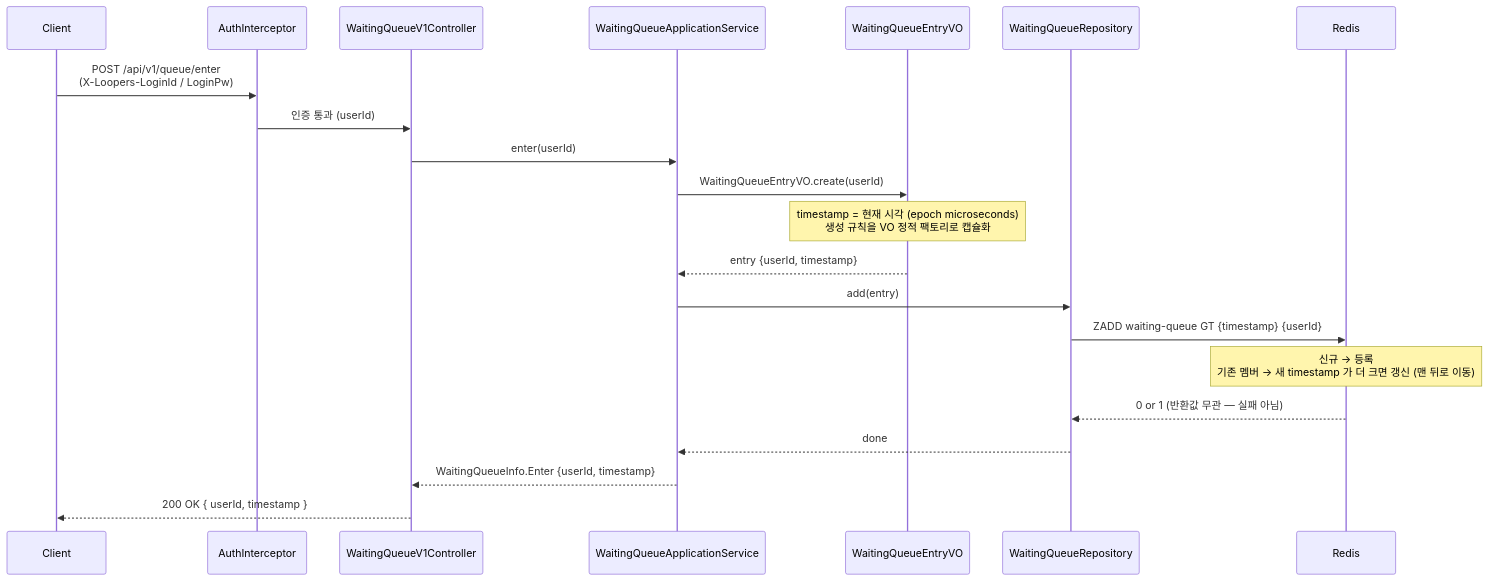
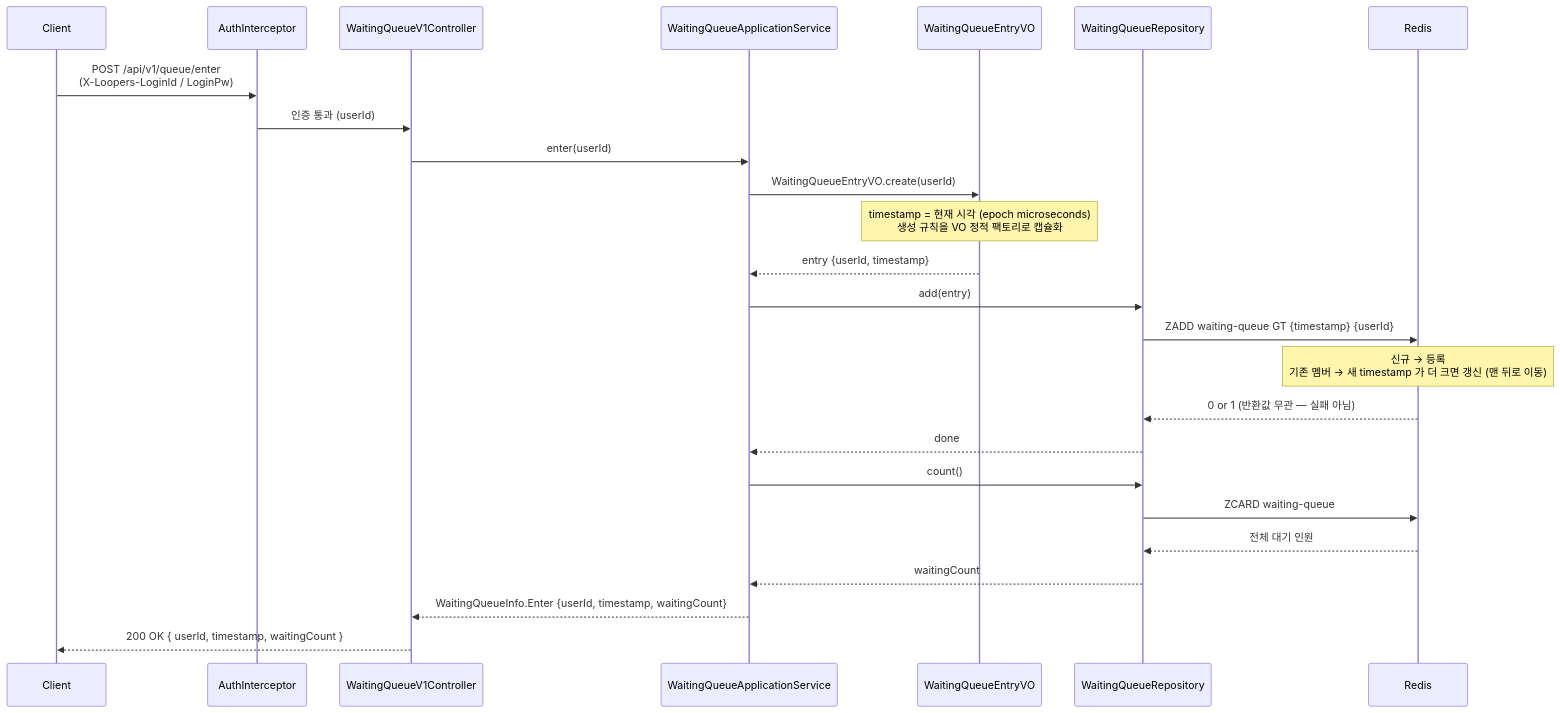
One commit to Hangju0610/loop-pack-be-l2-vol4-java changed the first of 6 diagrams in docs/domain/waiting-queue/02-diagrams.md. Above: the diagram before and after it, drawn with Mermaid. The commit also changed other lines of this file and 1 other file, not shown here.

Commit message:
docs(waiting-queue): enter 응답에 전체 대기 인원(waitingCount) 설계 반영

````diff
--- a/docs/domain/waiting-queue/02-diagrams.md
+++ b/docs/domain/waiting-queue/02-diagrams.md
@@ -14,27 +15,32 @@
 ```mermaid
 sequenceDiagram
     participant C as Client
     participant AI as AuthInterceptor
     participant CTL as WaitingQueueV1Controller
     participant SVC as WaitingQueueApplicationService
     participant VO as WaitingQueueEntryVO
     participant WQR as WaitingQueueRepository
     participant R as Redis
 
     C->>AI: POST /api/v1/queue/enter<br/>(X-Loopers-LoginId / LoginPw)
     AI->>CTL: 인증 통과 (userId)
     CTL->>SVC: enter(userId)
 
     SVC->>VO: WaitingQueueEntryVO.create(userId)
     Note over VO: timestamp = 현재 시각 (epoch microseconds)<br/>생성 규칙을 VO 정적 팩토리로 캡슐화
     VO-->>SVC: entry {userId, timestamp}
 
     SVC->>WQR: add(entry)
     WQR->>R: ZADD waiting-queue GT {timestamp} {userId}
     Note over R: 신규 → 등록<br/>기존 멤버 → 새 timestamp 가 더 크면 갱신 (맨 뒤로 이동)
     R-->>WQR: 0 or 1 (반환값 무관 — 실패 아님)
     WQR-->>SVC: done
 
-    SVC-->>CTL: WaitingQueueInfo.Enter {userId, timestamp}
-    CTL-->>C: 200 OK { userId, timestamp }
+    SVC->>WQR: count()
+    WQR->>R: ZCARD waiting-queue
+    R-->>WQR: 전체 대기 인원
+    WQR-->>SVC: waitingCount
+
+    SVC-->>CTL: WaitingQueueInfo.Enter {userId, timestamp, waitingCount}
+    CTL-->>C: 200 OK { userId, timestamp, waitingCount }
 ```
````
